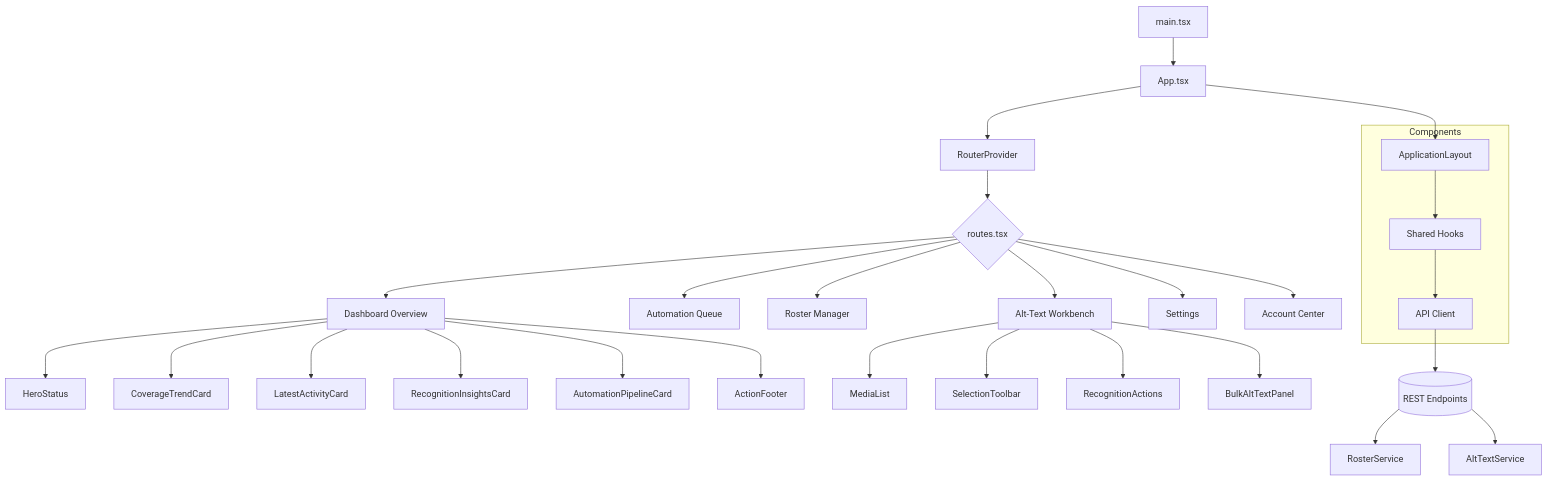
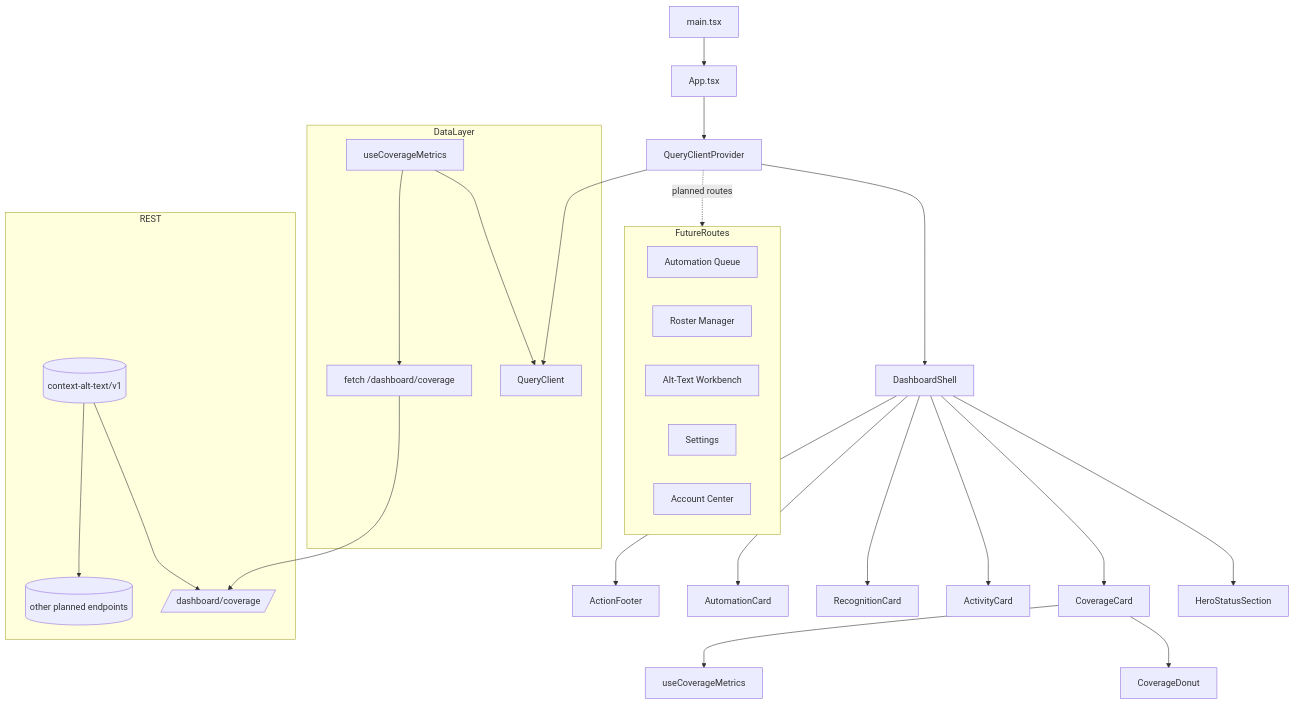
One commit to darce/context-alt-text-monorepo changed the diagram in docs/architecture/frontend-uml/admin-spa-modules.mmd. Above: the diagram before and after it, drawn with Mermaid. The commit also changed 3 other files, not shown here.

Commit message:
docs: note REST-first admin architecture and dev workflow

```diff
--- a/docs/architecture/frontend-uml/admin-spa-modules.mmd
+++ b/docs/architecture/frontend-uml/admin-spa-modules.mmd
@@ -1,31 +1,37 @@
 graph TD
     A[main.tsx] --> B[App.tsx]
-    B --> C[RouterProvider]
-    C --> R{routes.tsx}
-    R --> D[Dashboard Overview]
-    D --> D1[HeroStatus]
-    D --> D2[CoverageTrendCard]
-    D --> D3[LatestActivityCard]
-    D --> D4[RecognitionInsightsCard]
-    D --> D5[AutomationPipelineCard]
+    B --> C[QueryClientProvider]
+    C --> D[DashboardShell]
+    D --> D1[HeroStatusSection]
+    D --> D2[CoverageCard]
+    D2 --> D2a[CoverageDonut]
+    D2 --> D2b[useCoverageMetrics]
+    D --> D3[ActivityCard]
+    D --> D4[RecognitionCard]
+    D --> D5[AutomationCard]
     D --> D6[ActionFooter]
-    R --> E[Automation Queue]
-    R --> F[Roster Manager]
-    R --> G[Alt-Text Workbench]
-    G --> G1[MediaList]
-    G --> G2[SelectionToolbar]
-    G --> G3[RecognitionActions]
-    G --> G4[BulkAltTextPanel]
-    R --> H[Settings]
-    R --> I[Account Center]
-    subgraph Components
-        J[ApplicationLayout]
-        K[Shared Hooks]
-        L[API Client]
+
+    subgraph FutureRoutes
+        R1[Automation Queue]
+        R2[Roster Manager]
+        R3[Alt-Text Workbench]
+        R4[Settings]
+        R5[Account Center]
     end
-    B --> J
-    J --> K
-    K --> L
-    L --> API[(REST Endpoints)]
-    API --> RosterService
-    API --> AltTextService
+    C -. planned routes .-> FutureRoutes
+
+    subgraph DataLayer
+        Q[QueryClient]
+        H[useCoverageMetrics]
+        H --> Q
+        H --> F[fetch /dashboard/coverage]
+    end
+    C --> Q
+
+    subgraph REST
+        API[(context-alt-text/v1)]
+        API --> Cov[/dashboard/coverage/]
+        API --> Other[(other planned endpoints)]
+    end
+
+    F --> Cov
```
